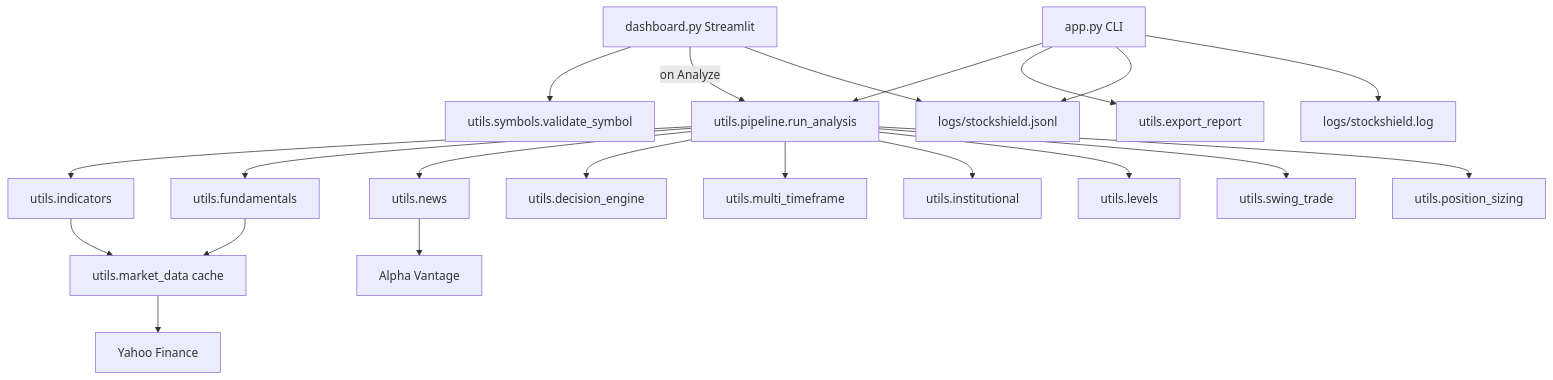
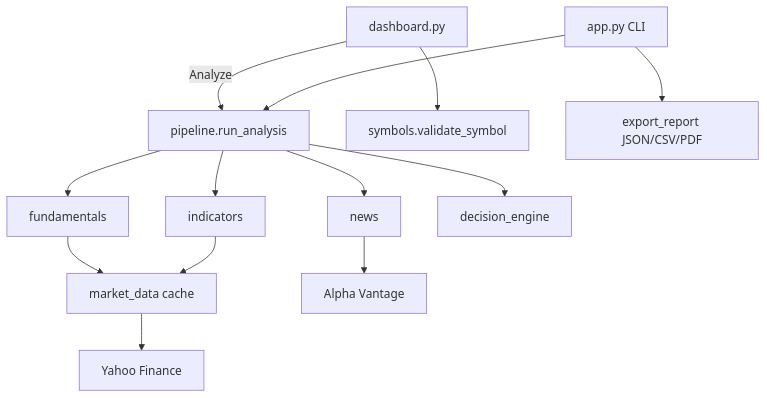
One commit to marvelthorteg20-gif/StockShield-AI changed the diagram in README.md. Above: the diagram before and after it, drawn with Mermaid. The commit also changed other lines of this file and 28 other files, not shown here.

````diff
--- a/README.md
+++ b/README.md
@@ -49,23 +102,15 @@
 ```mermaid
 flowchart TD
-    CLI["app.py CLI"] --> PIPE["utils.pipeline.run_analysis"]
-    UI["dashboard.py Streamlit"] --> VAL["utils.symbols.validate_symbol"]
-    UI -->|"on Analyze"| PIPE
-    PIPE --> IND["utils.indicators"]
-    PIPE --> FUND["utils.fundamentals"]
-    PIPE --> NEWS["utils.news"]
-    PIPE --> DEC["utils.decision_engine"]
-    PIPE --> MTF["utils.multi_timeframe"]
-    PIPE --> INST["utils.institutional"]
-    PIPE --> SR["utils.levels"]
-    PIPE --> SW["utils.swing_trade"]
-    PIPE --> POS["utils.position_sizing"]
-    IND --> MD["utils.market_data cache"]
+    CLI["app.py CLI"] --> PIPE["pipeline.run_analysis"]
+    UI["dashboard.py"] --> VAL["symbols.validate_symbol"]
+    UI -->|"Analyze"| PIPE
+    PIPE --> IND["indicators"]
+    PIPE --> FUND["fundamentals"]
+    PIPE --> NEWS["news"]
+    PIPE --> DEC["decision_engine"]
+    IND --> MD["market_data cache"]
     FUND --> MD
     MD --> YF["Yahoo Finance"]
     NEWS --> AV["Alpha Vantage"]
-    CLI --> EXP["utils.export_report"]
-    CLI --> LOGS["logs/stockshield.jsonl"]
-    CLI --> FILELOG["logs/stockshield.log"]
-    UI --> LOGS
+    CLI --> EXP["export_report JSON/CSV/PDF"]
 ```
````
